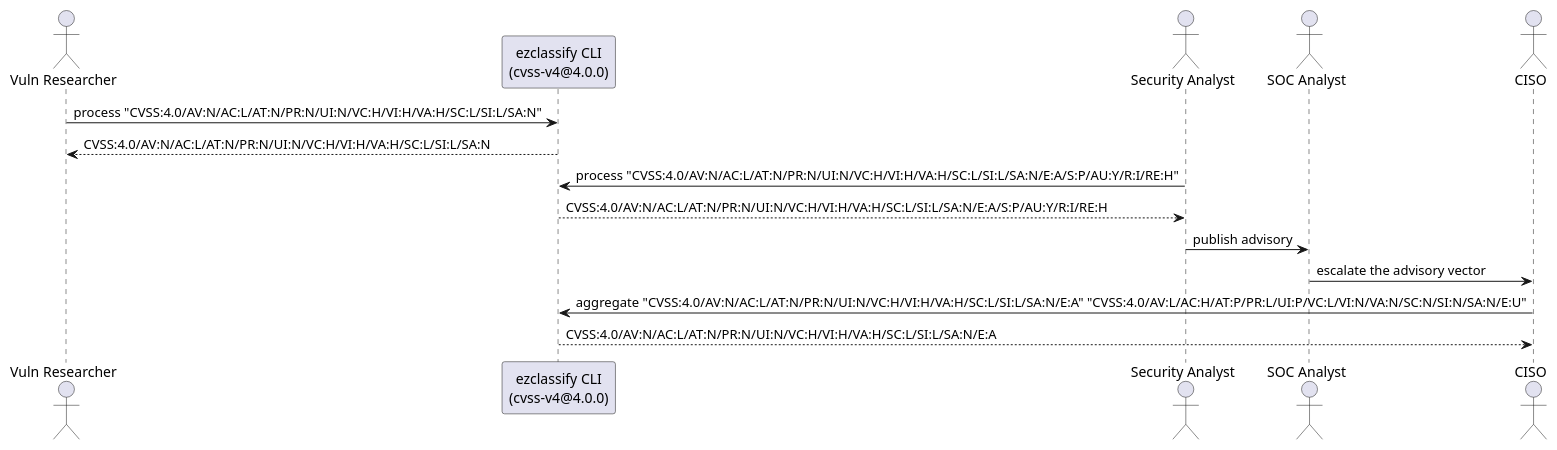
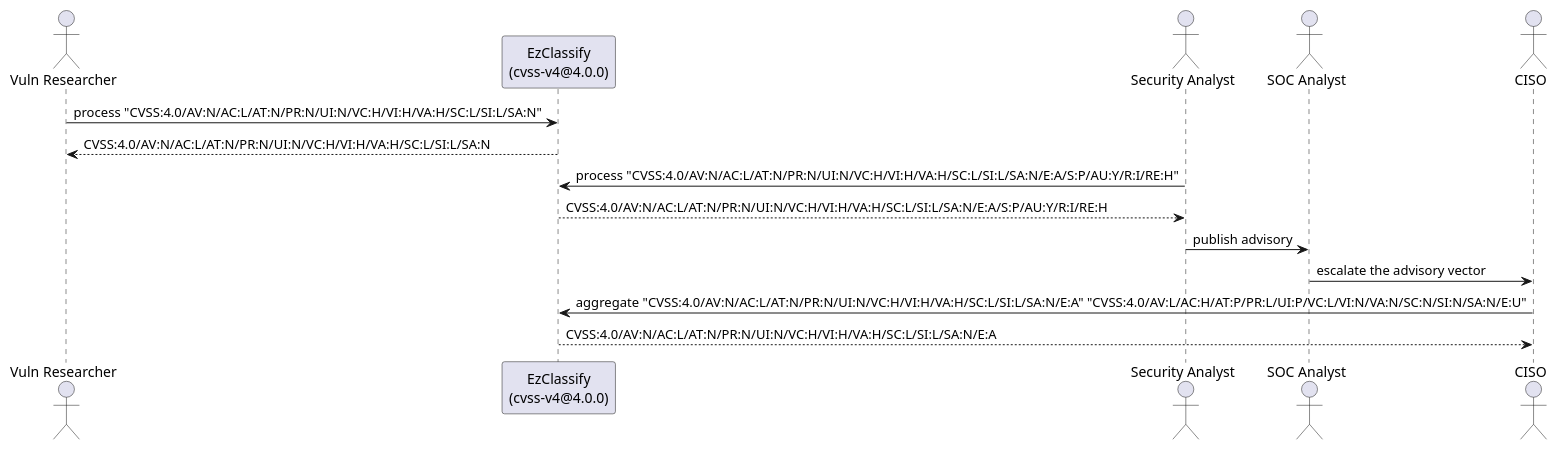
One commit to ezclassify/community-content changed the second of 2 diagrams in schemes/security-vectors/cvss-v4/docs/use-cases.md. Above: the diagram before and after it, drawn with PlantUML. The commit also changed other lines of this file and 101 other files, not shown here.

````diff
--- a/schemes/security-vectors/cvss-v4/docs/use-cases.md
+++ b/schemes/security-vectors/cvss-v4/docs/use-cases.md
@@ -124,21 +127,21 @@
 ```plantuml
 @startuml
 actor "Vuln Researcher" as researcher
-participant "ezclassify CLI\n(cvss-v4@4.0.0)" as cli
+participant "EzClassify\n(cvss-v4@4.0.0)" as ez
 actor "Security Analyst" as analyst
 actor "SOC Analyst" as soc
 actor "CISO" as ciso
 
-researcher -> cli : process "CVSS:4.0/AV:N/AC:L/AT:N/PR:N/UI:N/VC:H/VI:H/VA:H/SC:L/SI:L/SA:N"
-cli --> researcher : CVSS:4.0/AV:N/AC:L/AT:N/PR:N/UI:N/VC:H/VI:H/VA:H/SC:L/SI:L/SA:N
+researcher -> ez : process "CVSS:4.0/AV:N/AC:L/AT:N/PR:N/UI:N/VC:H/VI:H/VA:H/SC:L/SI:L/SA:N"
+ez --> researcher : CVSS:4.0/AV:N/AC:L/AT:N/PR:N/UI:N/VC:H/VI:H/VA:H/SC:L/SI:L/SA:N
 
-analyst -> cli : process "CVSS:4.0/AV:N/AC:L/AT:N/PR:N/UI:N/VC:H/VI:H/VA:H/SC:L/SI:L/SA:N/E:A/S:P/AU:Y/R:I/RE:H"
-cli --> analyst : CVSS:4.0/AV:N/AC:L/AT:N/PR:N/UI:N/VC:H/VI:H/VA:H/SC:L/SI:L/SA:N/E:A/S:P/AU:Y/R:I/RE:H
+analyst -> ez : process "CVSS:4.0/AV:N/AC:L/AT:N/PR:N/UI:N/VC:H/VI:H/VA:H/SC:L/SI:L/SA:N/E:A/S:P/AU:Y/R:I/RE:H"
+ez --> analyst : CVSS:4.0/AV:N/AC:L/AT:N/PR:N/UI:N/VC:H/VI:H/VA:H/SC:L/SI:L/SA:N/E:A/S:P/AU:Y/R:I/RE:H
 analyst -> soc : publish advisory
 
 soc -> ciso : escalate the advisory vector
 
-ciso -> cli : aggregate "CVSS:4.0/AV:N/AC:L/AT:N/PR:N/UI:N/VC:H/VI:H/VA:H/SC:L/SI:L/SA:N/E:A" "CVSS:4.0/AV:L/AC:H/AT:P/PR:L/UI:P/VC:L/VI:N/VA:N/SC:N/SI:N/SA:N/E:U"
-cli --> ciso : CVSS:4.0/AV:N/AC:L/AT:N/PR:N/UI:N/VC:H/VI:H/VA:H/SC:L/SI:L/SA:N/E:A
+ciso -> ez : aggregate "CVSS:4.0/AV:N/AC:L/AT:N/PR:N/UI:N/VC:H/VI:H/VA:H/SC:L/SI:L/SA:N/E:A" "CVSS:4.0/AV:L/AC:H/AT:P/PR:L/UI:P/VC:L/VI:N/VA:N/SC:N/SI:N/SA:N/E:U"
+ez --> ciso : CVSS:4.0/AV:N/AC:L/AT:N/PR:N/UI:N/VC:H/VI:H/VA:H/SC:L/SI:L/SA:N/E:A
 @enduml
 ```
````
